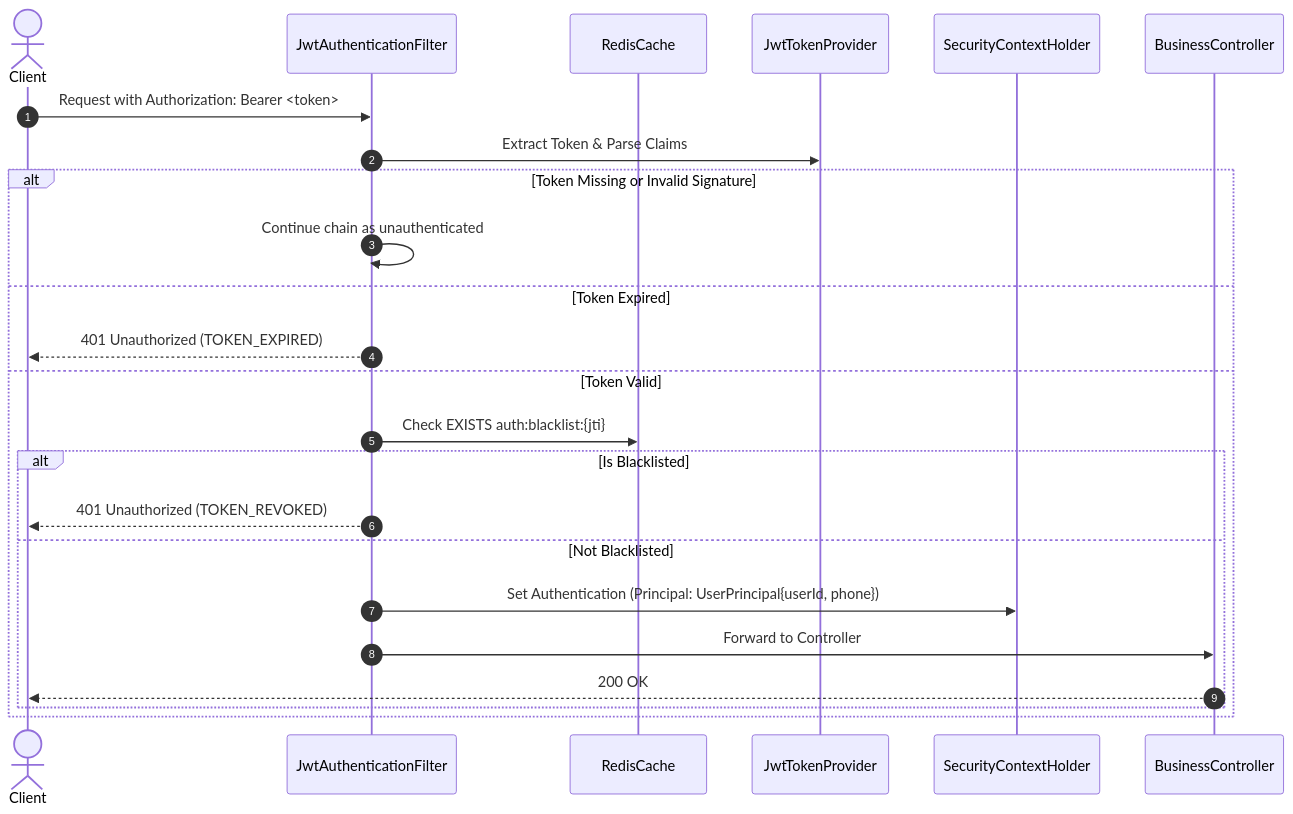
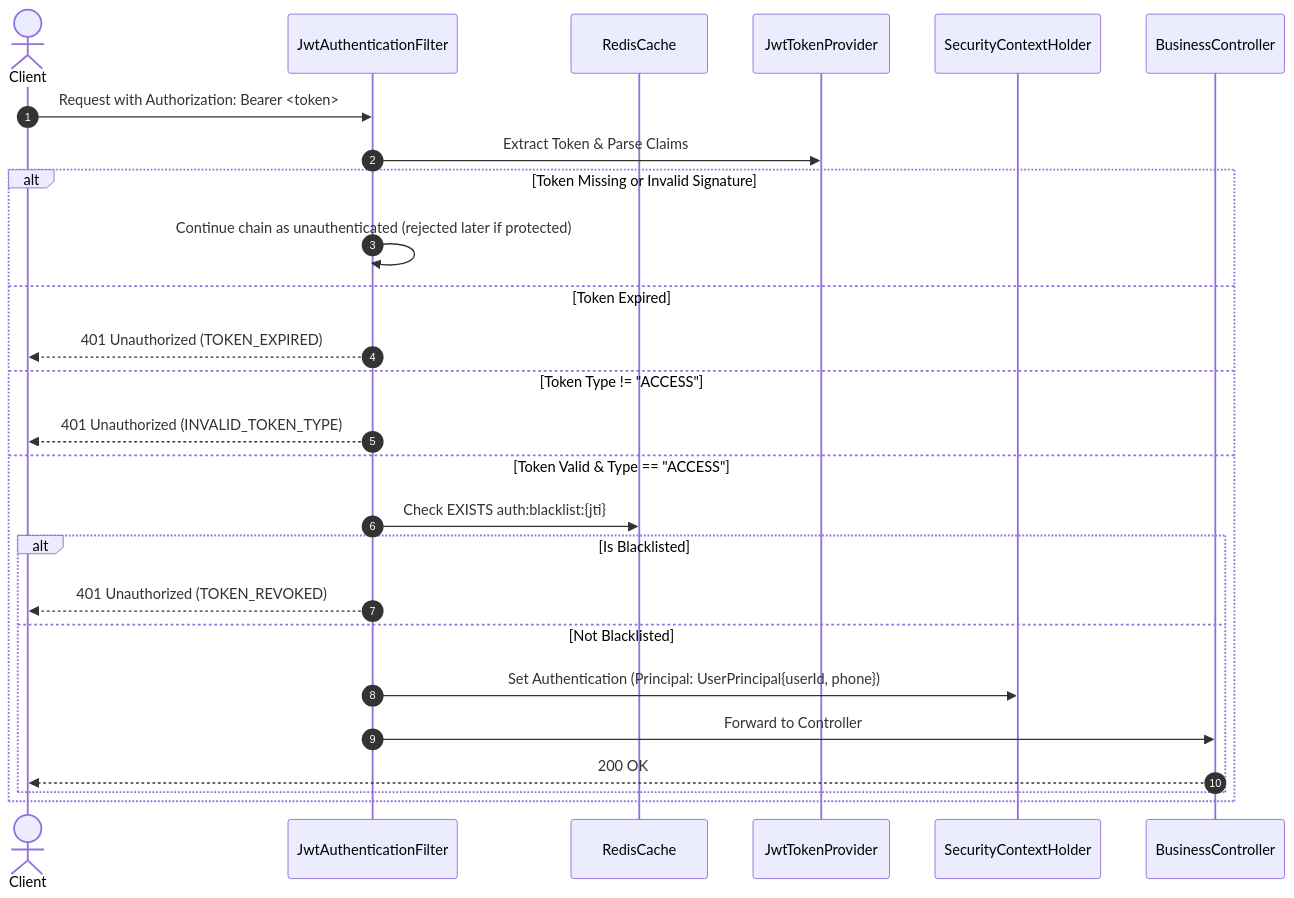
The diagram in docs/superpowers/specs/2026-11-23-phase-b-auth-jwt-design.md (VuongDuongg/e-wallet-project), drawn with Mermaid before and after one commit. The commit also changed other lines of this file, not shown here.

Commit message:
docs: refine Phase B spec with token type confusion defense, IDOR protection, and zero X-User-Id fallback

````diff
--- a/docs/superpowers/specs/2026-11-23-phase-b-auth-jwt-design.md
+++ b/docs/superpowers/specs/2026-11-23-phase-b-auth-jwt-design.md
@@ -291,27 +320,29 @@
 ```mermaid
 sequenceDiagram
     autonumber
     actor Client
     participant Filter as JwtAuthenticationFilter
     participant Redis as RedisCache
     participant Provider as JwtTokenProvider
     participant Context as SecurityContextHolder
     participant Controller as BusinessController
 
     Client->>Filter: Request with Authorization: Bearer <token>
     Filter->>Provider: Extract Token & Parse Claims
     alt Token Missing or Invalid Signature
-        Filter->>Filter: Continue chain as unauthenticated
+        Filter->>Filter: Continue chain as unauthenticated (rejected later if protected)
     else Token Expired
         Filter-->>Client: 401 Unauthorized (TOKEN_EXPIRED)
-    else Token Valid
+    else Token Type != "ACCESS"
+        Filter-->>Client: 401 Unauthorized (INVALID_TOKEN_TYPE)
+    else Token Valid & Type == "ACCESS"
         Filter->>Redis: Check EXISTS auth:blacklist:{jti}
         alt Is Blacklisted
             Filter-->>Client: 401 Unauthorized (TOKEN_REVOKED)
         else Not Blacklisted
             Filter->>Context: Set Authentication (Principal: UserPrincipal{userId, phone})
             Filter->>Controller: Forward to Controller
             Controller-->>Client: 200 OK
         end
     end
 ```
````
